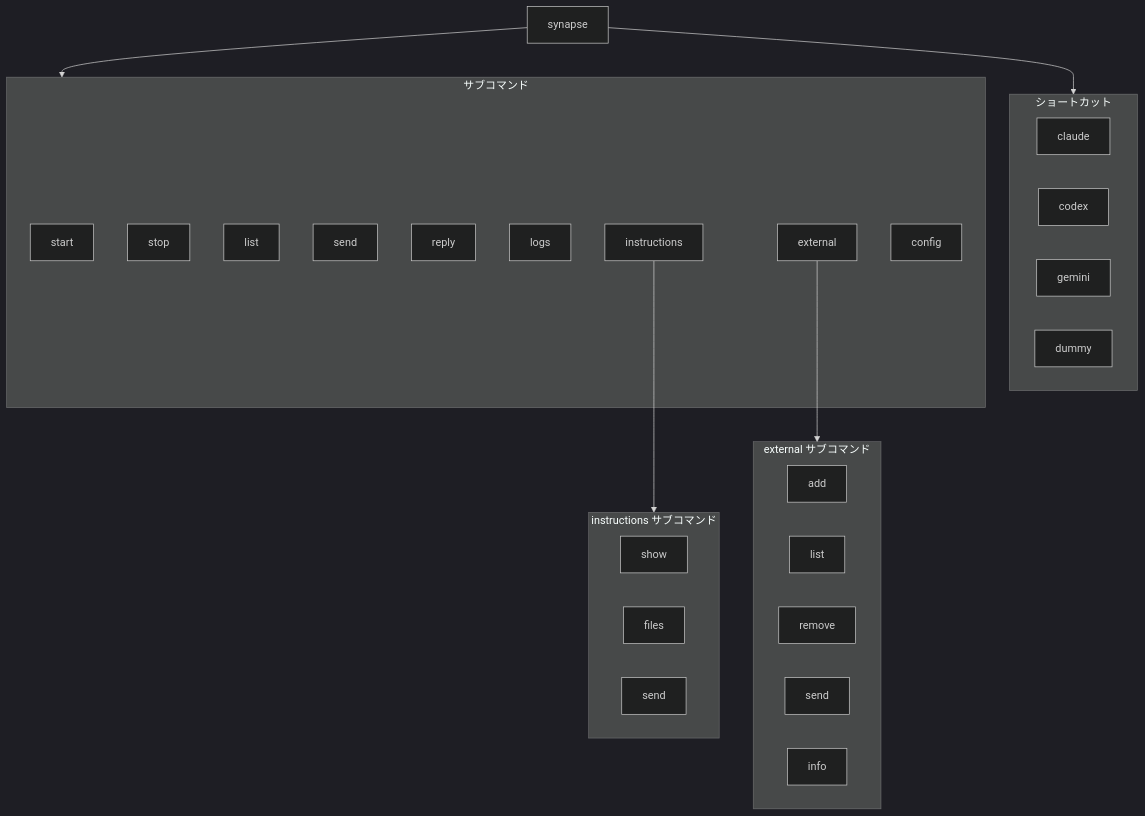
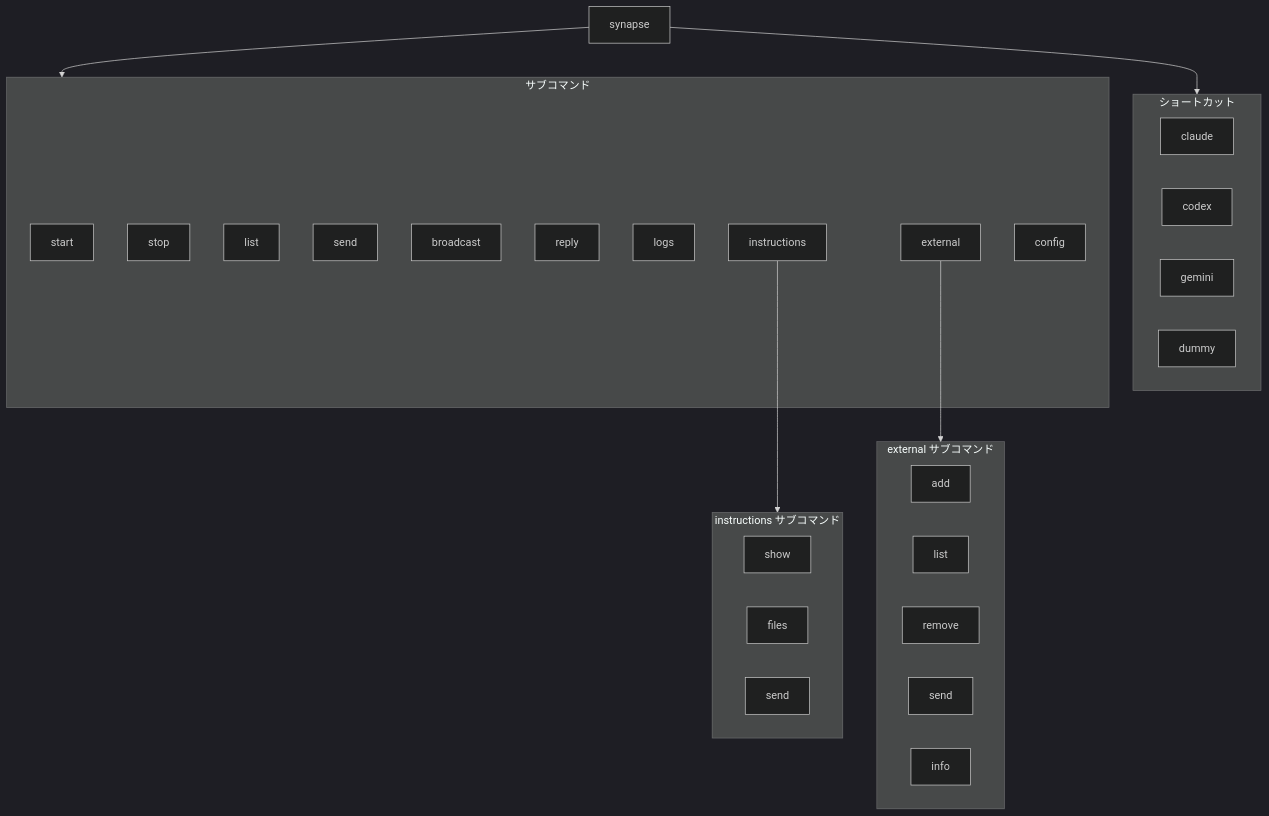
One commit to s-hiraoku/synapse-a2a changed the first of 3 diagrams in guides/references.md. Above: the diagram before and after it, drawn with Mermaid (dark theme). The commit also changed other lines of this file and 5 other files, not shown here.

````diff
--- a/guides/references.md
+++ b/guides/references.md
@@ -11,42 +11,43 @@
 ```mermaid
 flowchart TB
     synapse["synapse"]
 
     subgraph Shortcuts["ショートカット"]
         claude["claude"]
         codex["codex"]
         gemini["gemini"]
         dummy["dummy"]
     end
 
     subgraph Commands["サブコマンド"]
         start["start"]
         stop["stop"]
         list["list"]
         send["send"]
+        broadcast["broadcast"]
         reply["reply"]
         logs["logs"]
         instructions["instructions"]
         external["external"]
         config["config"]
     end
 
     subgraph Instructions["instructions サブコマンド"]
         inst_show["show"]
         inst_files["files"]
         inst_send["send"]
     end
 
     subgraph External["external サブコマンド"]
         ext_add["add"]
         ext_list["list"]
         ext_remove["remove"]
         ext_send["send"]
         ext_info["info"]
     end
 
     synapse --> Shortcuts
     synapse --> Commands
     instructions --> Instructions
     external --> External
 ```
````
